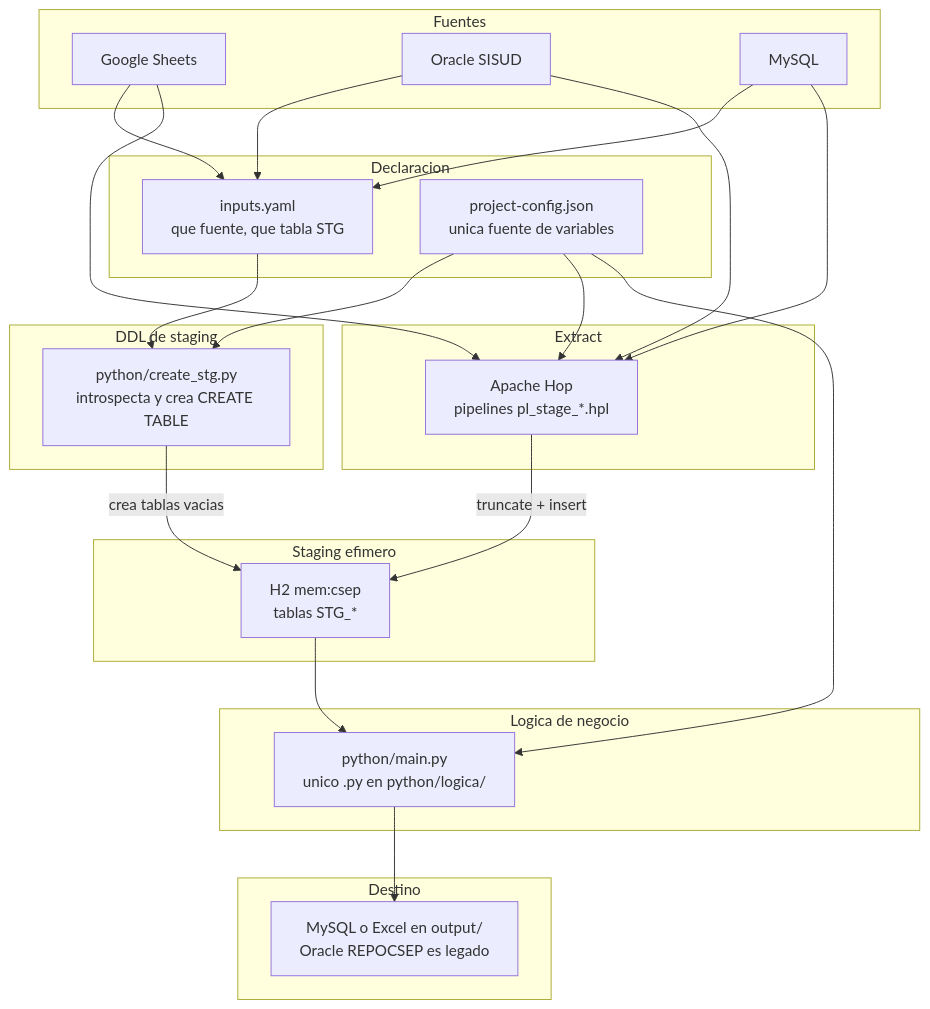
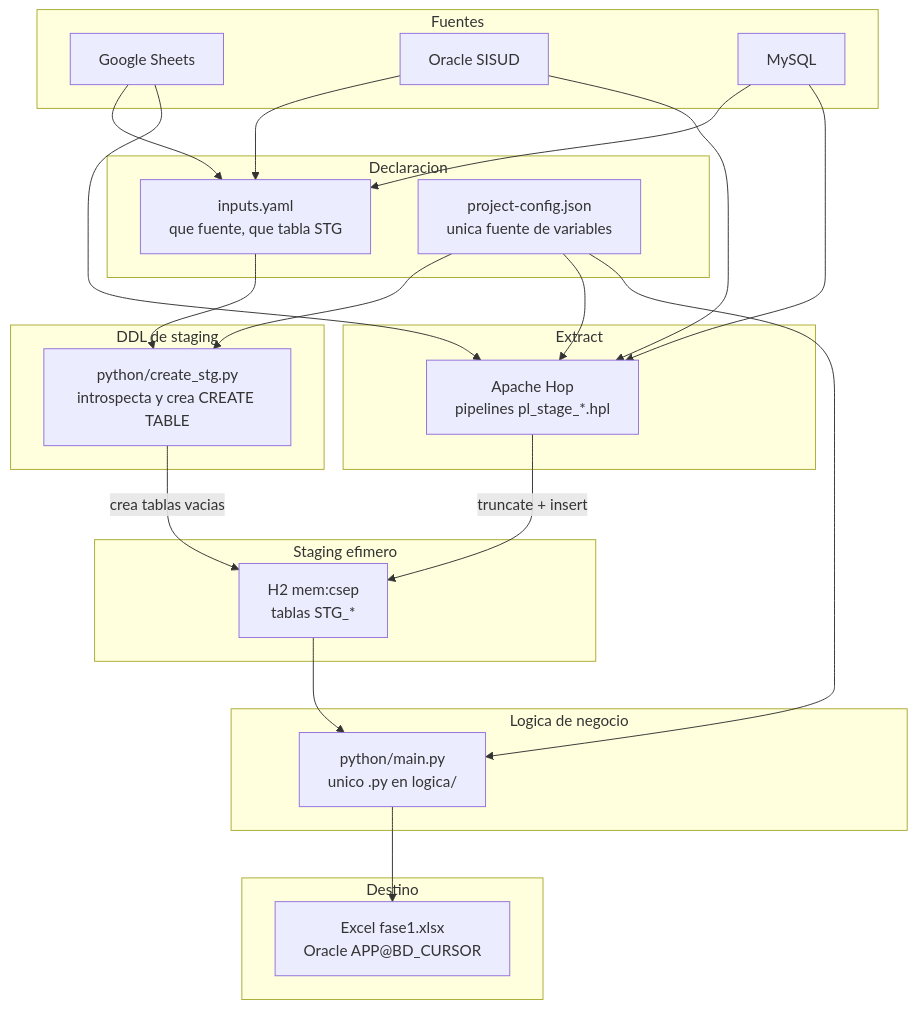
Before and after one commit to nwodevops/multa_informes_etl: the first of 4 diagrams in docs/arquitectura.md, drawn with Mermaid. The commit also changed other lines of this file and 47 other files, not shown here.

First line of the commit message:
Implementar fase 1: consolidar STG en INT/QA sobre BD_CURSOR.

````diff
--- a/docs/arquitectura.md
+++ b/docs/arquitectura.md
@@ -15,48 +18,48 @@
 ```mermaid
 flowchart TB
   subgraph fuentes [Fuentes]
     GS["Google Sheets"]
     ORA["Oracle SISUD"]
     MY["MySQL"]
   end
 
   subgraph declaracion [Declaracion]
     YAML["inputs.yaml<br/>que fuente, que tabla STG"]
     PCFG["project-config.json<br/>unica fuente de variables"]
   end
 
   subgraph ddl [DDL de staging]
     PY["python/create_stg.py<br/>introspecta y crea CREATE TABLE"]
   end
 
   subgraph extract [Extract]
     HOP["Apache Hop<br/>pipelines pl_stage_*.hpl"]
   end
 
   subgraph staging [Staging efimero]
     H2["H2 mem:csep<br/>tablas STG_*"]
   end
 
   subgraph logica [Logica de negocio]
-    PYL["python/main.py<br/>unico .py en python/logica/"]
+    PYL["python/main.py<br/>unico .py en logica/"]
   end
 
   subgraph destino [Destino]
-    OUT["MySQL o Excel en output/<br/>Oracle REPOCSEP es legado"]
+    OUT["Excel fase1.xlsx<br/>Oracle APP@BD_CURSOR"]
   end
 
   GS --> YAML
   ORA --> YAML
   MY --> YAML
   YAML --> PY
   PCFG --> PY
   PY -->|"crea tablas vacias"| H2
   GS --> HOP
   ORA --> HOP
   MY --> HOP
   PCFG --> HOP
   HOP -->|"truncate + insert"| H2
   H2 --> PYL
   PCFG --> PYL
   PYL --> OUT
 ```
````
